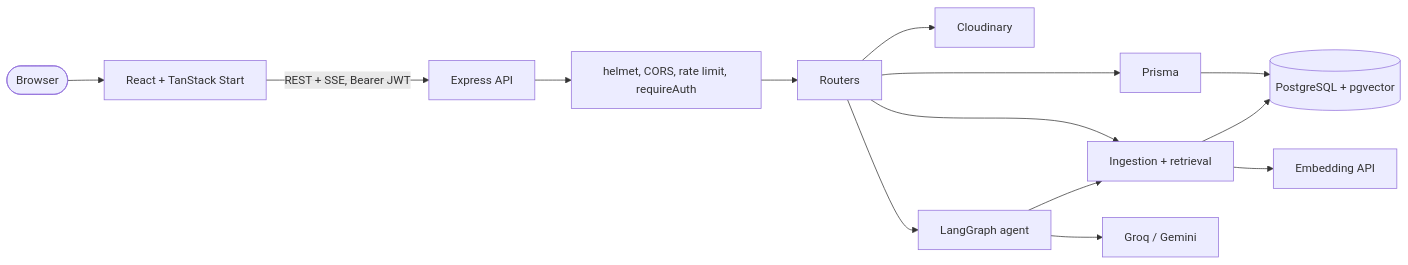
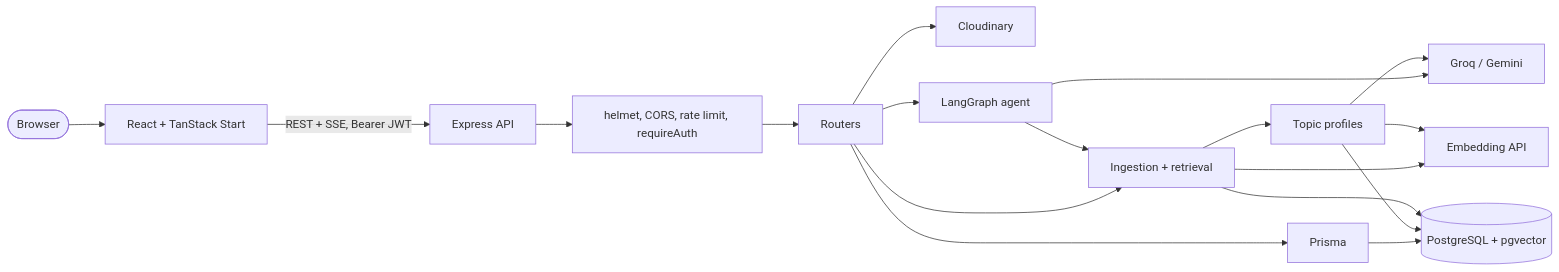
One commit to nemida/CampusBrain changed the sixth of 13 diagrams in README.md. Above: the diagram before and after it, drawn with Mermaid. The commit also changed other lines of this file and 11 other files, not shown here.

````diff
--- a/README.md
+++ b/README.md
@@ -339,17 +358,21 @@
 ```mermaid
 flowchart LR
     B(["Browser"]) --> FE["React + TanStack Start"]
     FE -- "REST + SSE, Bearer JWT" --> API["Express API"]
 
     API --> MW["helmet, CORS, rate limit, requireAuth"]
     MW --> R["Routers"]
     R --> PR["Prisma"]
     PR --> DB[("PostgreSQL + pgvector")]
     R --> CLD["Cloudinary"]
     R --> AG["LangGraph agent"]
     R --> ING["Ingestion + retrieval"]
     AG --> LLM["Groq / Gemini"]
     ING --> EMB["Embedding API"]
+    ING --> TP["Topic profiles"]
+    TP --> LLM
+    TP --> EMB
+    TP --> DB
     ING --> DB
     AG --> ING
 ```
````
